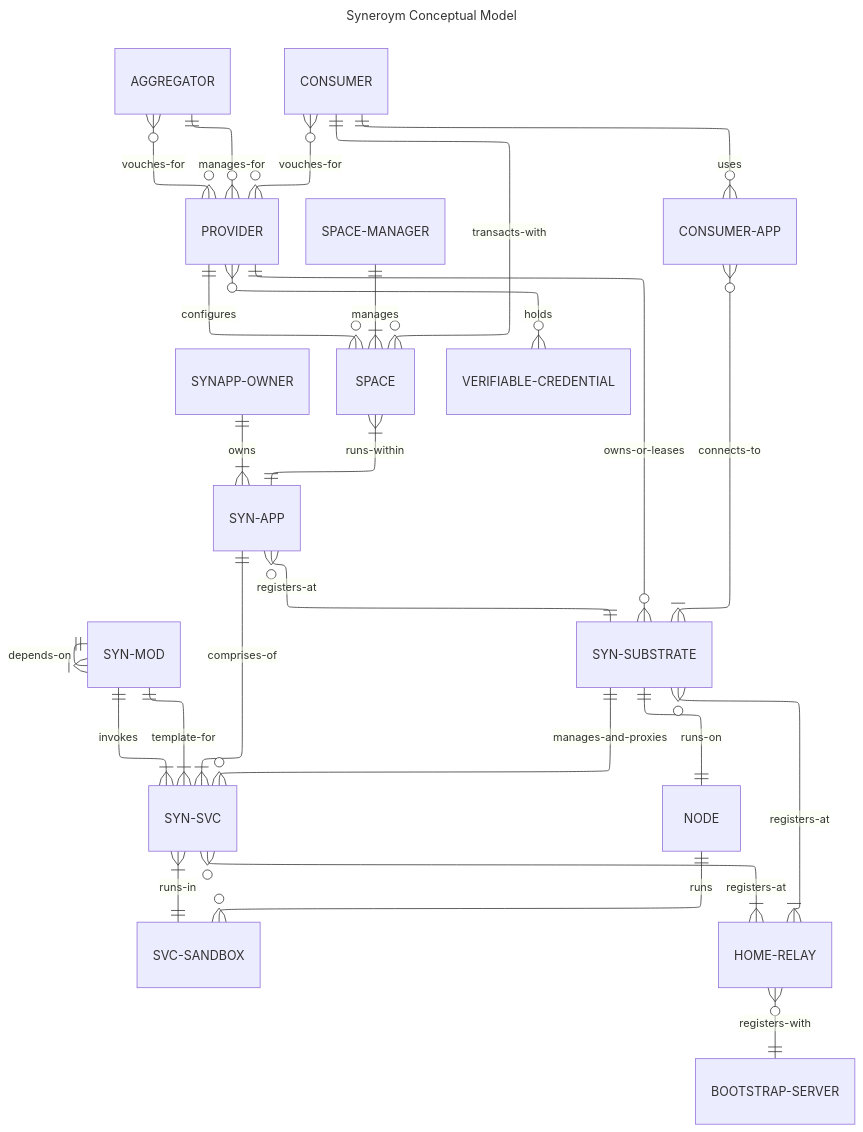
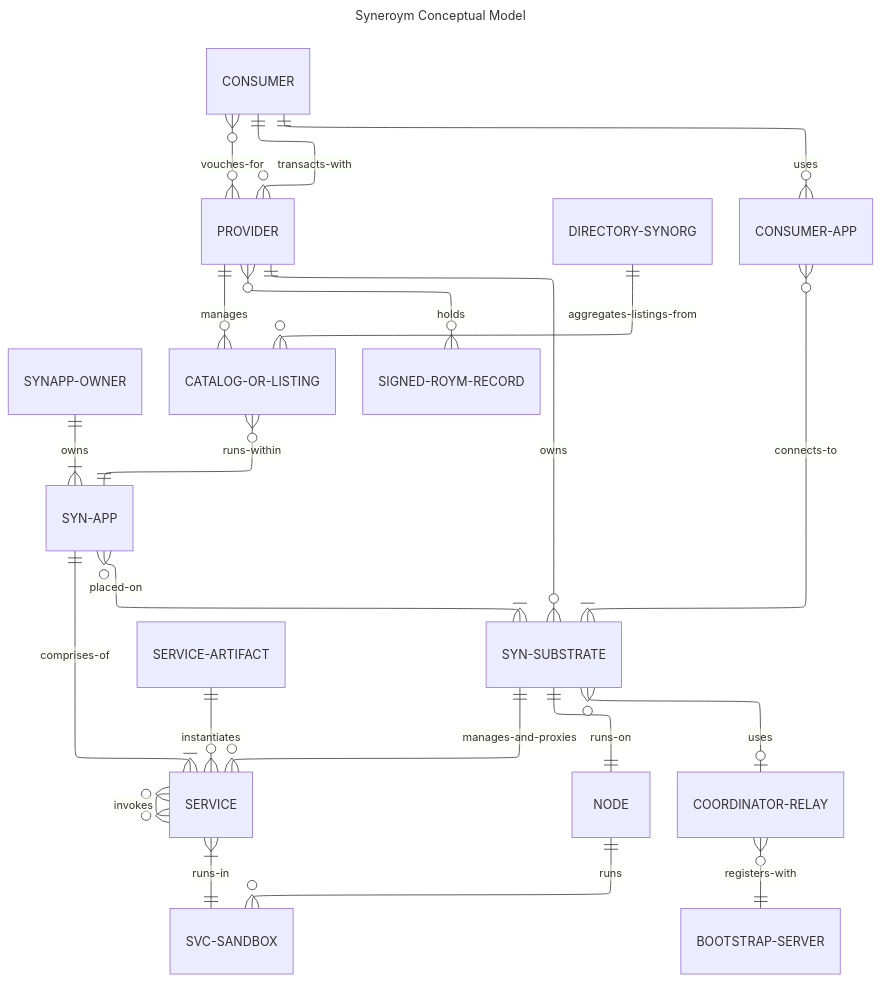
One commit to syneroym/syneroym changed the second of 2 diagrams in docs/system-requirements-spec.md. Above: the diagram before and after it, drawn with Mermaid. The commit also changed other lines of this file and 7 other files, not shown here.

````diff
--- a/docs/system-requirements-spec.md
+++ b/docs/system-requirements-spec.md
@@ -512,62 +453,57 @@
 ```mermaid
 ---
 title: Syneroym Conceptual Model
 config:
     layout: elk
 ---
 erDiagram
     direction TB
 
     %% --- Module & Service structure ---
-    MOD ||--|{ MOD : depends-on
-    MOD ||--|{ SVC : invokes
-    MOD ||--|{ SVC : template-for
-    SYNAPP ||--|{ SVC : comprises-of
-    SVC }|--|| SVC-SB : runs-in
+    SERVICE-ARTIFACT ||--o{ SERVICE : instantiates
+    SERVICE }o--o{ SERVICE : invokes
+    SYNAPP ||--|{ SERVICE : comprises-of
+    SERVICE }|--|| SVC-SB : runs-in
     NODE ||--o{ SVC-SB : runs
     SUBSTRATE ||--|| NODE : runs-on
-    SUBSTRATE ||--o{ SVC : manages-and-proxies
+    SUBSTRATE ||--o{ SERVICE : manages-and-proxies
 
-    %% --- Ownership ---
-    PROVIDER ||--o{ SUBSTRATE : owns-or-leases
+    %% --- Ownership & Placement ---
+    PROVIDER ||--o{ SUBSTRATE : owns
     SYNAPP-OWNER ||--|{ SYNAPP : owns
-    SYNAPP }o--|| SUBSTRATE : registers-at
-    AGGREGATOR ||--o{ PROVIDER : manages-for
+    SYNAPP }o--|{ SUBSTRATE : placed-on
 
     %% --- Connectivity ---
-    SVC }o--|{ HOME_RELAY : registers-at
-    SUBSTRATE }o--|{ HOME_RELAY : registers-at
-    HOME_RELAY }o--|| BOOTSTRAP : registers-with
+    SUBSTRATE }o--o| RELAY : uses
+    RELAY }o--|| BOOTSTRAP : registers-with
 
-    %% --- SynApp-level entities ---
-    PROVIDER ||--o{ SPACE : configures
-    SPACE }|--|| SYNAPP : runs-within
-    SPACE-MGR ||--|{ SPACE : manages
+    %% --- Application & Commercial entities ---
+    PROVIDER ||--o{ CATALOG : manages
+    CATALOG }o--|| SYNAPP : runs-within
+    AGGREGATOR ||--o{ CATALOG : aggregates-listings-from
 
     %% --- Consumer side ---
     CONSUMER ||--o{ CONSUMER-APP : uses
     CONSUMER-APP }o--|{ SUBSTRATE : connects-to
-    CONSUMER ||--o{ SPACE : transacts-with
+    CONSUMER ||--o{ PROVIDER : transacts-with
 
-    %% --- Trust ---
+    %% --- Trust & Credentials ---
     PROVIDER }o--o{ VERIFIABLE-CRED : holds
     CONSUMER }o--o{ PROVIDER : vouches-for
-    AGGREGATOR }o--o{ PROVIDER : vouches-for
 
-    MOD[SYN-MOD]{}
-    SVC[SYN-SVC]{}
+    SERVICE-ARTIFACT[SERVICE-ARTIFACT]{}
+    SERVICE[SERVICE]{}
     SYNAPP[SYN-APP]{}
     SYNAPP-OWNER[SYNAPP-OWNER]{}
     SUBSTRATE[SYN-SUBSTRATE]{}
     SVC-SB[SVC-SANDBOX]{}
     NODE[NODE]{}
-    HOME_RELAY[HOME-RELAY]{}
+    RELAY[COORDINATOR-RELAY]{}
     BOOTSTRAP[BOOTSTRAP-SERVER]{}
     PROVIDER[PROVIDER]{}
-    AGGREGATOR[AGGREGATOR]{}
-    SPACE[SPACE]{}
-    SPACE-MGR[SPACE-MANAGER]{}
+    AGGREGATOR[DIRECTORY-SYNORG]{}
+    CATALOG[CATALOG-OR-LISTING]{}
     CONSUMER[CONSUMER]{}
     CONSUMER-APP[CONSUMER-APP]{}
-    VERIFIABLE-CRED[VERIFIABLE-CREDENTIAL]{}
+    VERIFIABLE-CRED[SIGNED-ROYM-RECORD]{}
 ```
````
